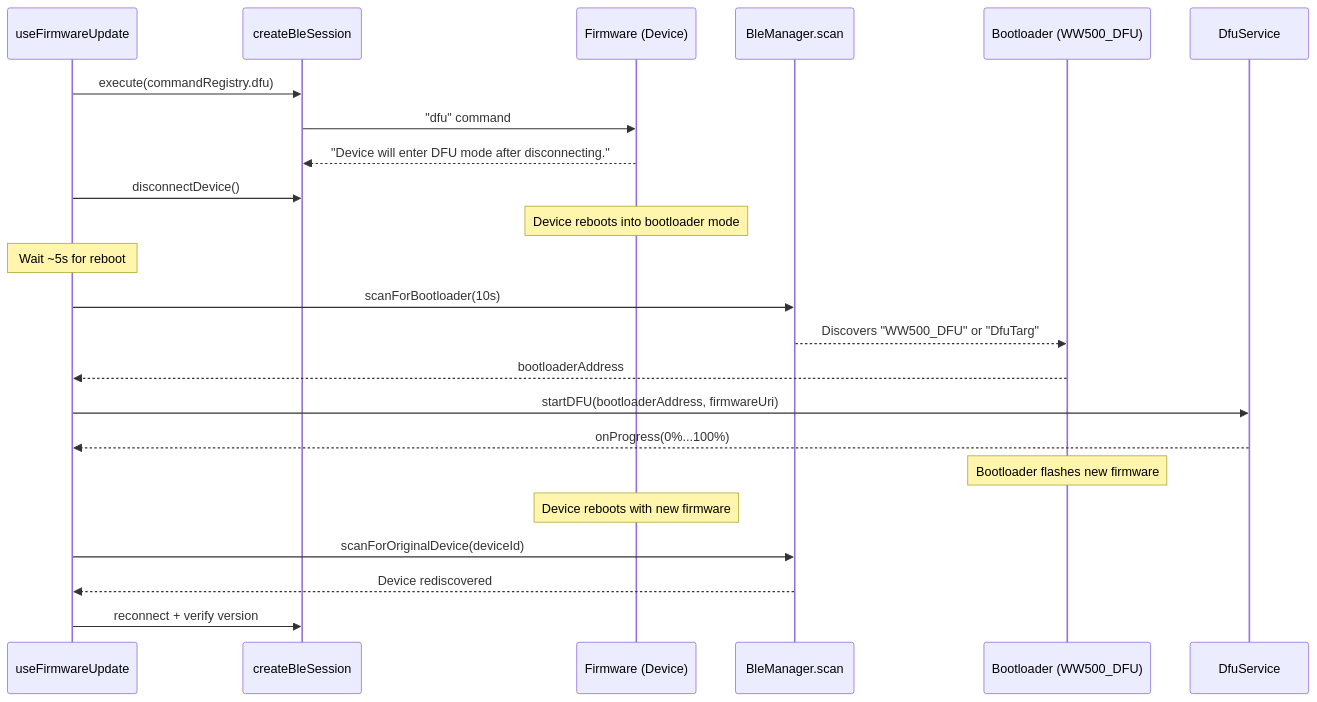
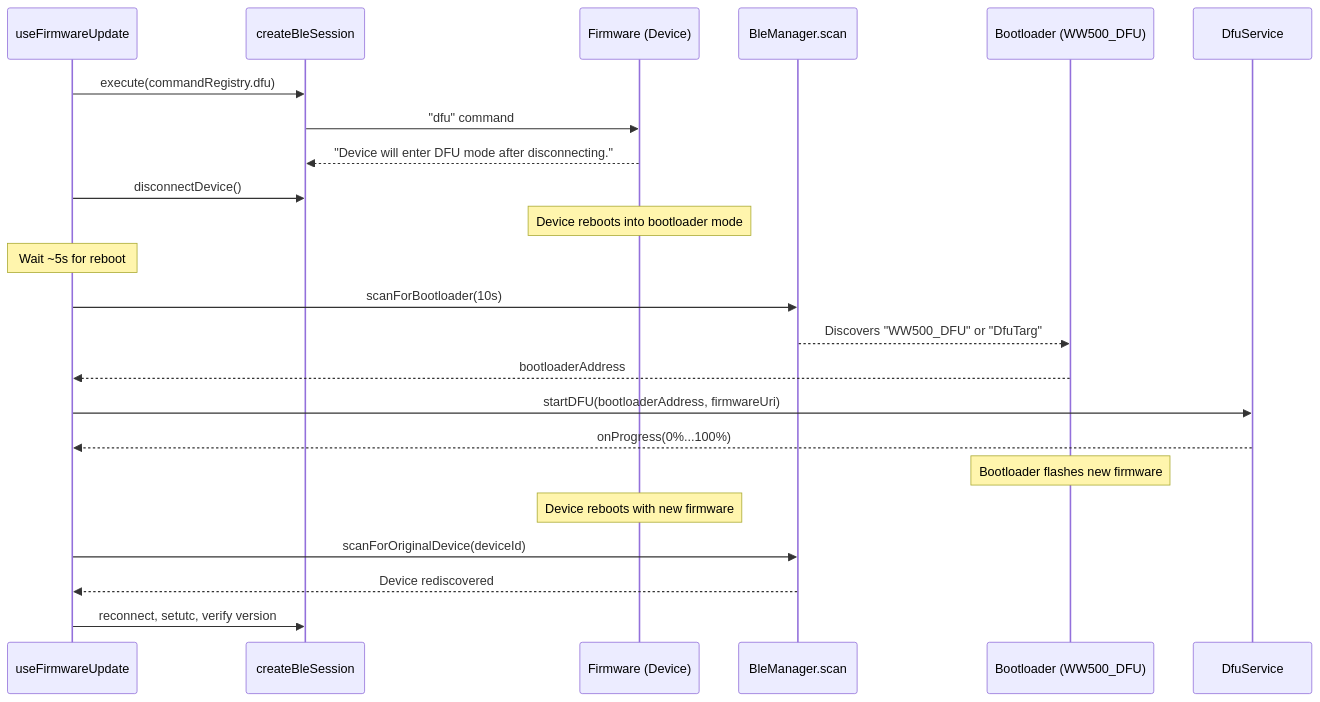
The fourth of 4 diagrams in documentation/resources/BLE_Architecture.md (wildlifeai/ww-mobile-app), drawn with Mermaid before and after one commit. The commit also changed other lines of this file and 2 other files, not shown here.

Commit message:
fix(firmware-update): set the camera's clock after the Bluetooth update restarts it (#578)
The restart clears the BLE processor's clock to 2024-01-01, and it passes that to the AI processor
at its next wake. The update's reconnect skips the setutc a normal connection sends, so the clock
stayed wrong until LoRaWAN or the next connection set it. afterBleRestart now sets it before
reading the new version.

Closes #578

````diff
--- a/documentation/resources/BLE_Architecture.md
+++ b/documentation/resources/BLE_Architecture.md
@@ -567,29 +567,29 @@
 ```mermaid
 sequenceDiagram
     participant UI as useFirmwareUpdate
     participant Sess as createBleSession
     participant FW as Firmware (Device)
     participant Scan as BleManager.scan
     participant Boot as Bootloader (WW500_DFU)
     participant DFU as DfuService
 
     UI->>Sess: execute(commandRegistry.dfu)
     Sess->>FW: "dfu" command
     FW-->>Sess: "Device will enter DFU mode after disconnecting."
     UI->>Sess: disconnectDevice()
     Note over FW: Device reboots into bootloader mode
     Note over UI: Wait ~5s for reboot
 
     UI->>Scan: scanForBootloader(10s)
     Scan-->>Boot: Discovers "WW500_DFU" or "DfuTarg"
     Boot-->>UI: bootloaderAddress
 
     UI->>DFU: startDFU(bootloaderAddress, firmwareUri)
     DFU-->>UI: onProgress(0%...100%)
     Note over Boot: Bootloader flashes new firmware
 
     Note over FW: Device reboots with new firmware
     UI->>Scan: scanForOriginalDevice(deviceId)
     Scan-->>UI: Device rediscovered
-    UI->>Sess: reconnect + verify version
+    UI->>Sess: reconnect, setutc, verify version
 ```
````
